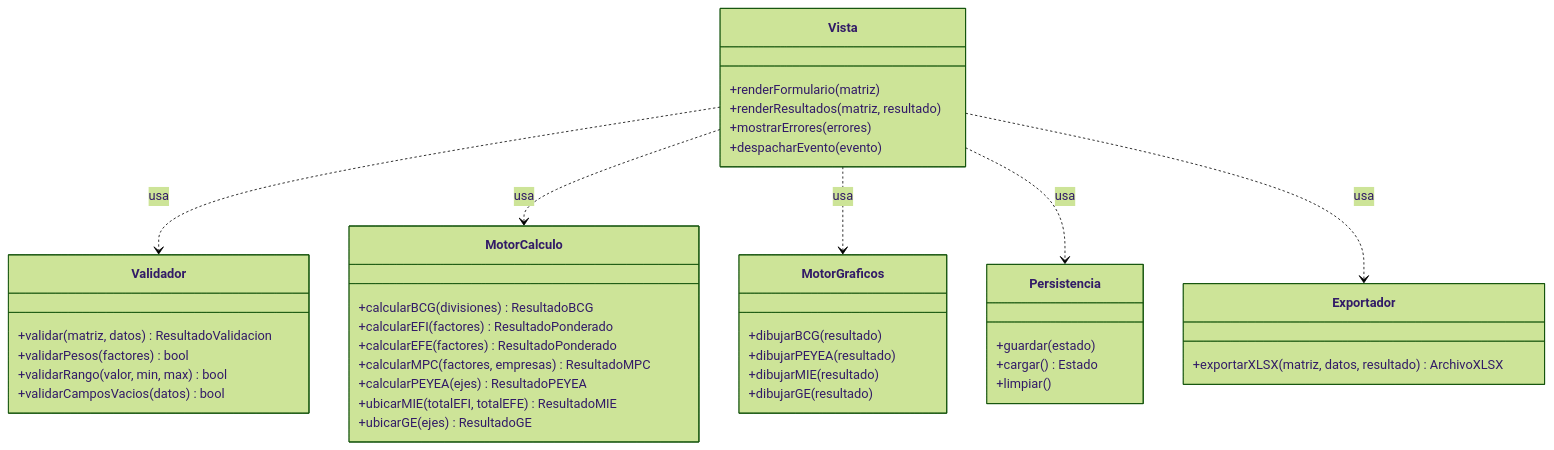
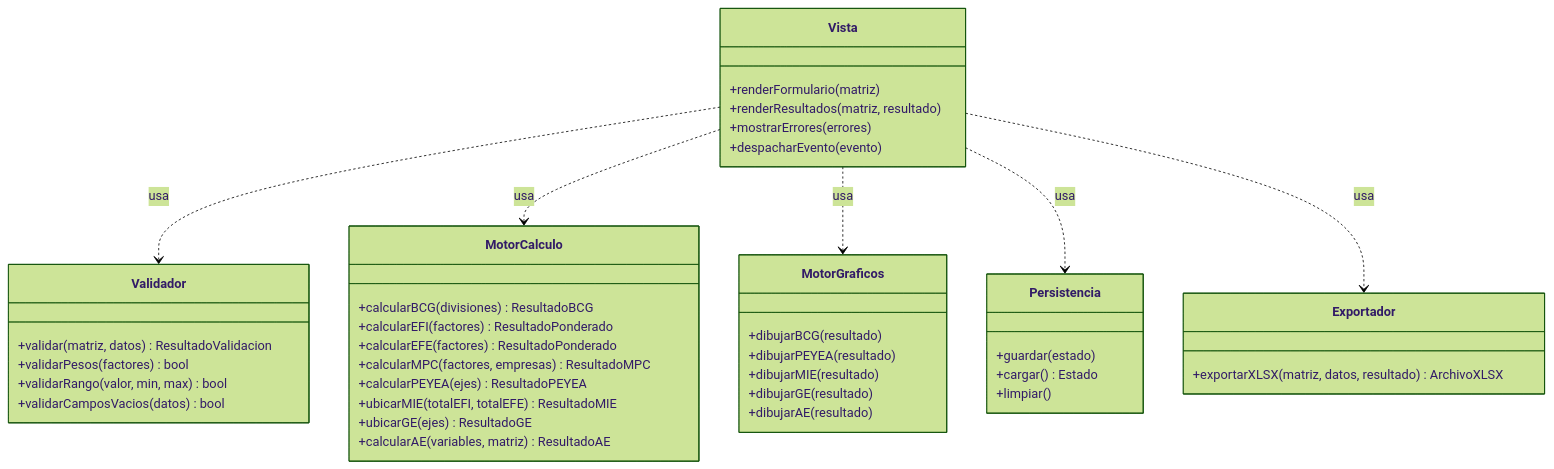
One commit to gerson-chumpitaz/mtx changed the first of 8 diagrams in VUP.md. Above: the diagram before and after it, drawn with Mermaid (forest theme). The commit also changed other lines of this file, not shown here.

Commit message:
Elaboration II (Modulo 2): componentes, escenarios y diagramas de Analisis Estructural

````diff
--- a/VUP.md
+++ b/VUP.md
@@ -381,43 +381,45 @@
 ```mermaid
 classDiagram
     class Vista {
         +renderFormulario(matriz)
         +renderResultados(matriz, resultado)
         +mostrarErrores(errores)
         +despacharEvento(evento)
     }
     class Validador {
         +validar(matriz, datos) ResultadoValidacion
         +validarPesos(factores) bool
         +validarRango(valor, min, max) bool
         +validarCamposVacios(datos) bool
     }
     class MotorCalculo {
         +calcularBCG(divisiones) ResultadoBCG
         +calcularEFI(factores) ResultadoPonderado
         +calcularEFE(factores) ResultadoPonderado
         +calcularMPC(factores, empresas) ResultadoMPC
         +calcularPEYEA(ejes) ResultadoPEYEA
         +ubicarMIE(totalEFI, totalEFE) ResultadoMIE
         +ubicarGE(ejes) ResultadoGE
+        +calcularAE(variables, matriz) ResultadoAE
     }
     class MotorGraficos {
         +dibujarBCG(resultado)
         +dibujarPEYEA(resultado)
         +dibujarMIE(resultado)
         +dibujarGE(resultado)
+        +dibujarAE(resultado)
     }
     class Persistencia {
         +guardar(estado)
         +cargar() Estado
         +limpiar()
     }
     class Exportador {
         +exportarXLSX(matriz, datos, resultado) ArchivoXLSX
     }
     Vista ..> Validador : usa
     Vista ..> MotorCalculo : usa
     Vista ..> MotorGraficos : usa
     Vista ..> Persistencia : usa
     Vista ..> Exportador : usa
 ```
````
